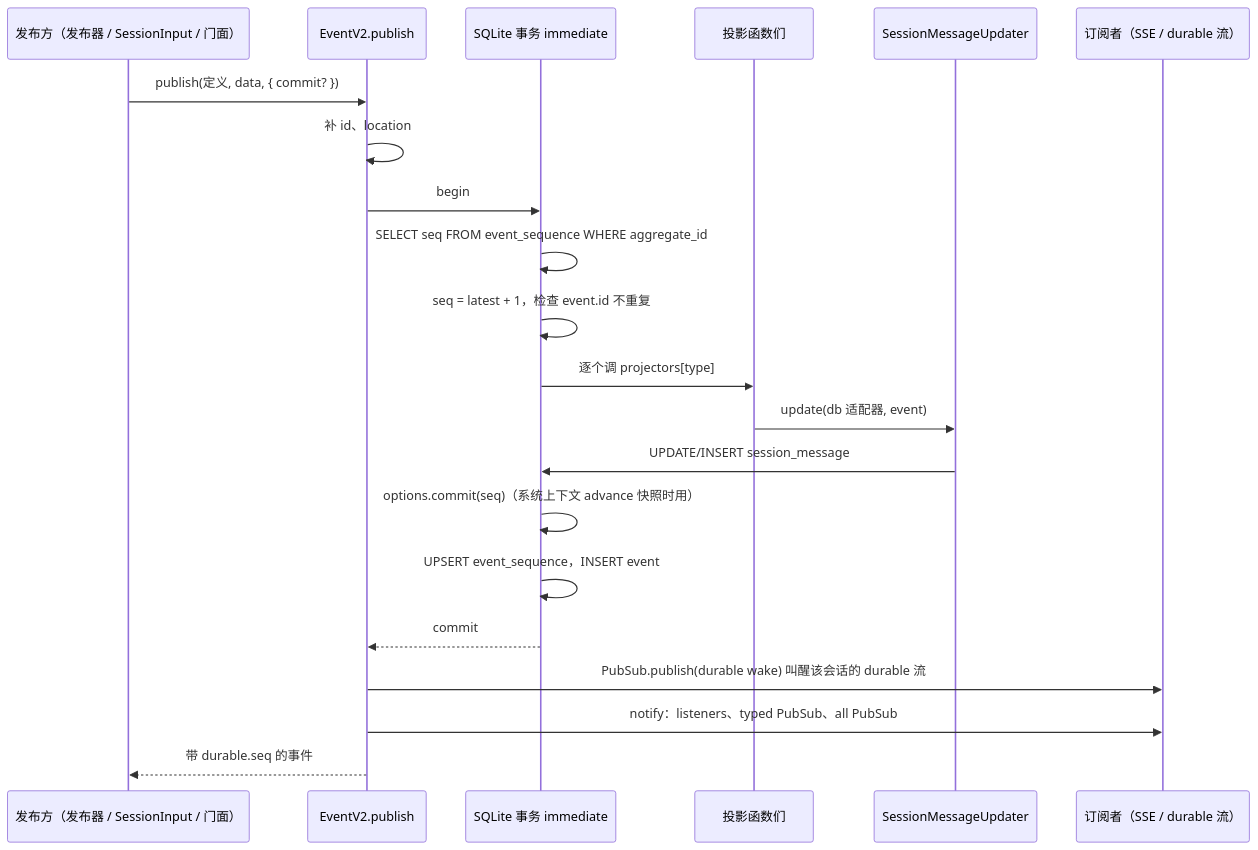
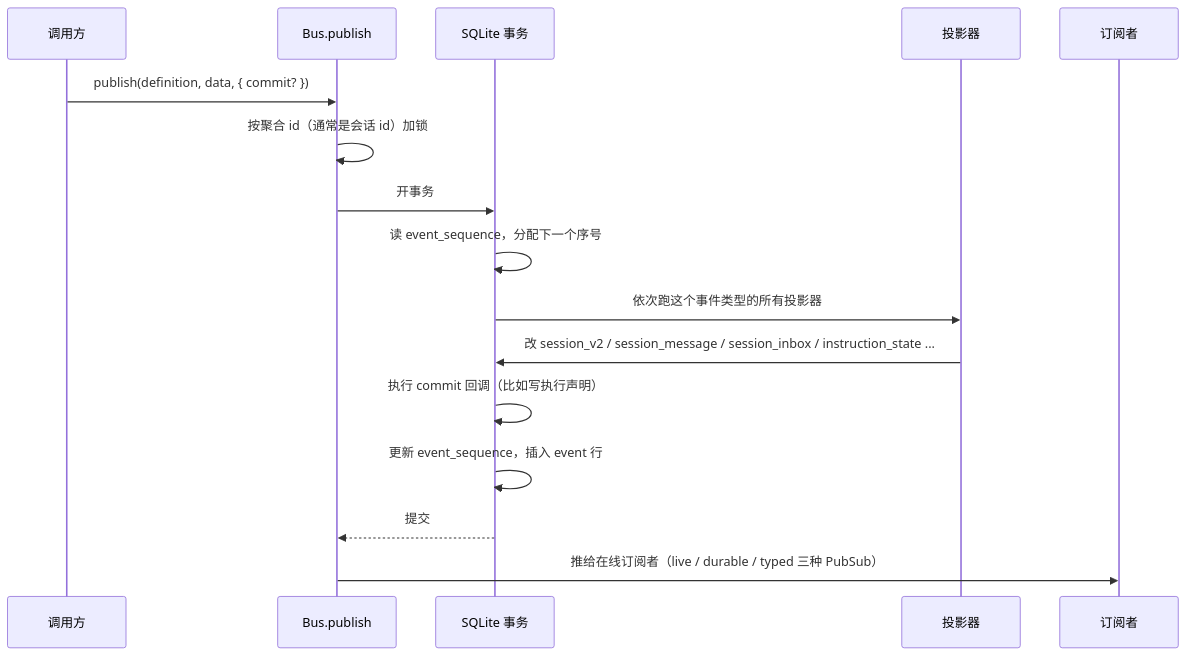
Diagram 13 of 13 in src/content/post/agents-opencode/index.md (nickqiaoo/nickqiaoo.github.io), drawn with Mermaid before and after one commit. The commit also changed other lines of this file and 1 other file, not shown here.

````diff
--- a/src/content/post/agents-opencode/index.md
+++ b/src/content/post/agents-opencode/index.md
@@ -1623,24 +1070,19 @@
 ```mermaid
 sequenceDiagram
-  participant P as 发布方（发布器 / SessionInput / 门面）
-  participant EV as EventV2.publish
-  participant TX as SQLite 事务 immediate
-  participant PJ as 投影函数们
-  participant MU as SessionMessageUpdater
-  participant SUB as 订阅者（SSE / durable 流）
+  participant C as 调用方
+  participant B as Bus.publish
+  participant DB as SQLite 事务
+  participant P as 投影器
+  participant S as 订阅者
 
-  P->>EV: publish(定义, data, { commit? })
-  EV->>EV: 补 id、location
-  EV->>TX: begin
-  TX->>TX: SELECT seq FROM event_sequence WHERE aggregate_id
-  TX->>TX: seq = latest + 1，检查 event.id 不重复
-  TX->>PJ: 逐个调 projectors[type]
-  PJ->>MU: update(db 适配器, event)
-  MU->>TX: UPDATE/INSERT session_message
-  TX->>TX: options.commit(seq)（系统上下文 advance 快照时用）
-  TX->>TX: UPSERT event_sequence，INSERT event
-  TX-->>EV: commit
-  EV->>SUB: PubSub.publish(durable wake) 叫醒该会话的 durable 流
-  EV->>SUB: notify：listeners、typed PubSub、all PubSub
-  EV-->>P: 带 durable.seq 的事件
+  C->>B: publish(definition, data, { commit? })
+  B->>B: 按聚合 id（通常是会话 id）加锁
+  B->>DB: 开事务
+  DB->>DB: 读 event_sequence，分配下一个序号
+  DB->>P: 依次跑这个事件类型的所有投影器
+  P->>DB: 改 session_v2 / session_message / session_inbox / instruction_state ...
+  DB->>DB: 执行 commit 回调（比如写执行声明）
+  DB->>DB: 更新 event_sequence，插入 event 行
+  DB-->>B: 提交
+  B->>S: 推给在线订阅者（live / durable / typed 三种 PubSub）
 ```
````
